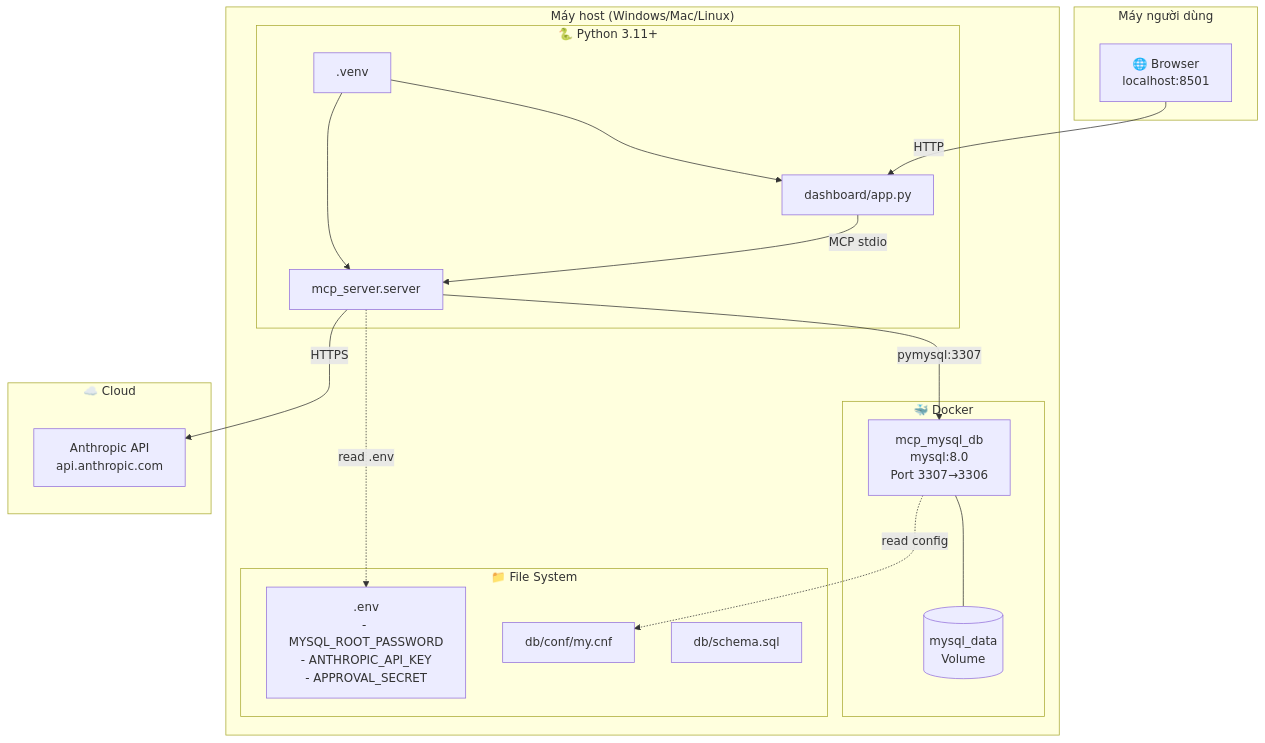
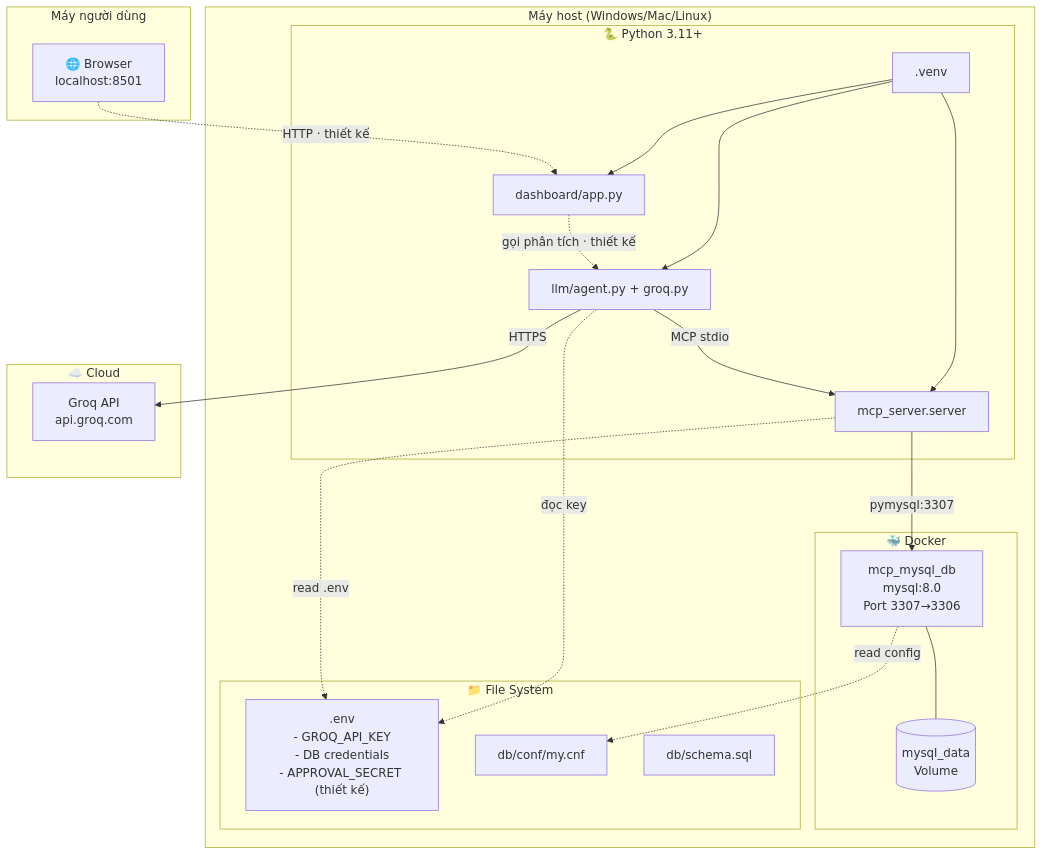
Before and after one commit to lam-vu6868/mcp-slowquery-optimizer: the eighth of 8 diagrams in docs/architecture.md, drawn with Mermaid. The commit also changed other lines of this file, not shown here.

Commit message:
docs: dùng groq

````diff
--- a/docs/architecture.md
+++ b/docs/architecture.md
@@ -684,39 +681,43 @@
 ```mermaid
 flowchart TB
     subgraph USER["Máy người dùng"]
         B["🌐 Browser<br/>localhost:8501"]
     end
 
     subgraph HOST["Máy host (Windows/Mac/Linux)"]
         subgraph DOCKER["🐳 Docker"]
             MYSQL["mcp_mysql_db<br/>mysql:8.0<br/>Port 3307→3306"]
             VOL[("mysql_data<br/>Volume")]
             MYSQL --- VOL
         end
 
         subgraph PY["🐍 Python 3.11+"]
             VENV[".venv"]
+            AGENT["llm/agent.py + groq.py"]
             SERVER["mcp_server.server"]
             STREAMLIT["dashboard/app.py"]
+            VENV --> AGENT
             VENV --> SERVER
             VENV --> STREAMLIT
         end
 
         subgraph FILES["📁 File System"]
-            ENV[".env<br/>- MYSQL_ROOT_PASSWORD<br/>- ANTHROPIC_API_KEY<br/>- APPROVAL_SECRET"]
+            ENV[".env<br/>- GROQ_API_KEY<br/>- DB credentials<br/>- APPROVAL_SECRET (thiết kế)"]
             CONF["db/conf/my.cnf"]
             SCHEMA["db/schema.sql"]
         end
     end
 
     subgraph CLOUD["☁️ Cloud"]
-        ANTHROPIC["Anthropic API<br/>api.anthropic.com"]
+        GROQ["Groq API<br/>api.groq.com"]
     end
 
-    B -->|"HTTP"| STREAMLIT
-    STREAMLIT -->|"MCP stdio"| SERVER
+    B -.->|"HTTP · thiết kế"| STREAMLIT
+    STREAMLIT -.->|"gọi phân tích · thiết kế"| AGENT
+    AGENT -->|"MCP stdio"| SERVER
     SERVER -->|"pymysql:3307"| MYSQL
-    SERVER -->|"HTTPS"| ANTHROPIC
+    AGENT -->|"HTTPS"| GROQ
+    AGENT -.->|"đọc key"| ENV
     SERVER -.->|"read .env"| ENV
     MYSQL -.->|"read config"| CONF
 ```
````
